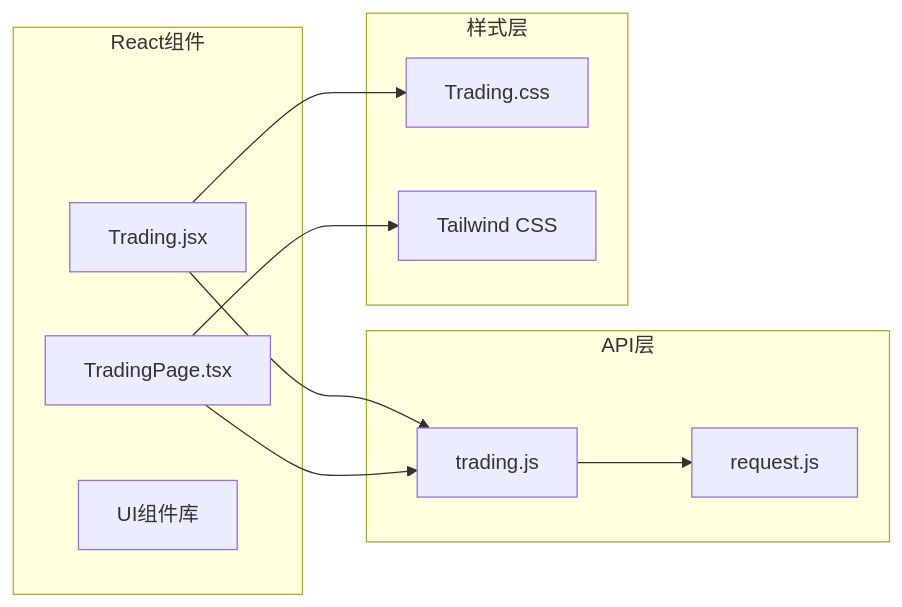
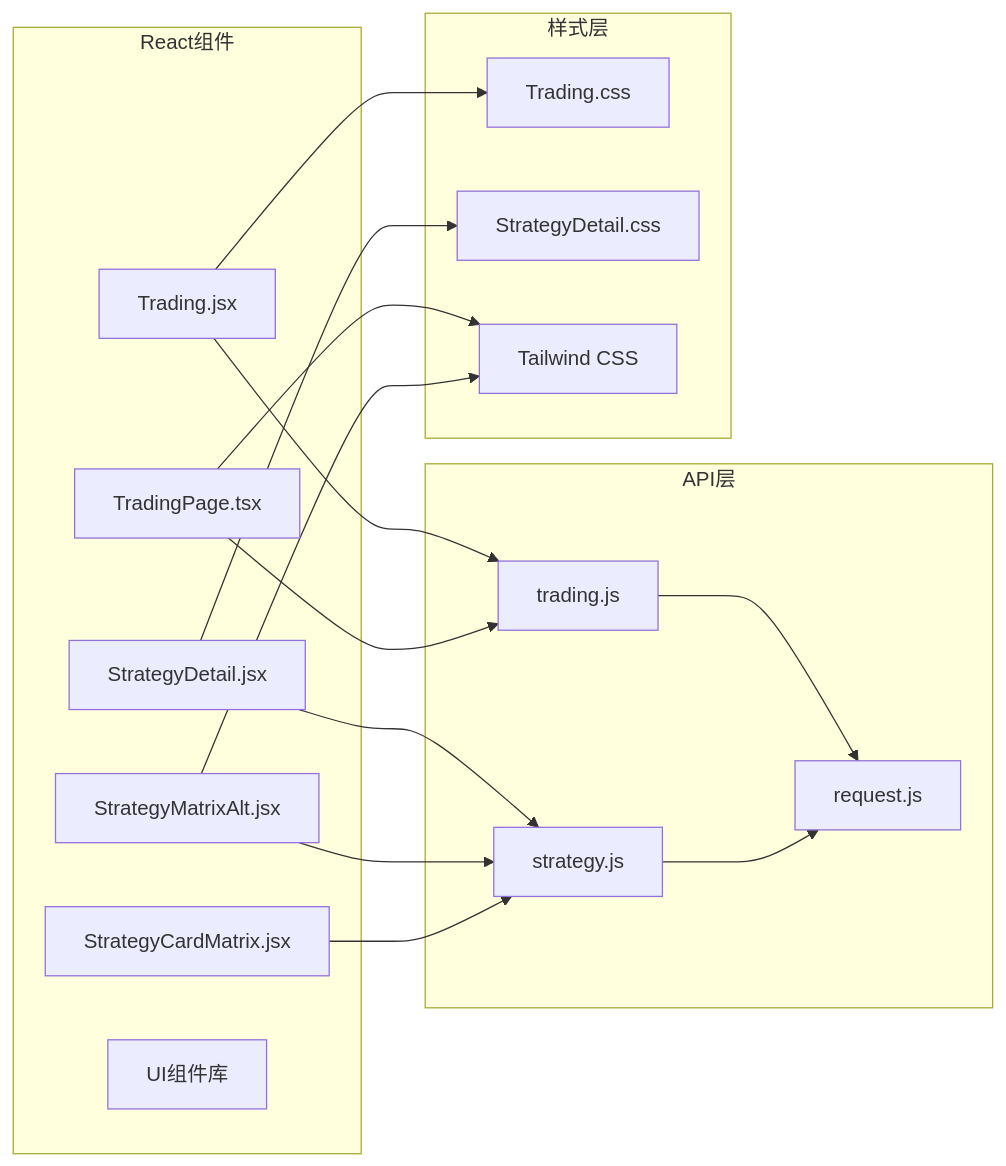
One commit to zyf266/ending changed the eighth of 9 diagrams in .qoder/repowiki/zh/content/可视化界面/交易控制界面.md. Above: the diagram before and after it, drawn with Mermaid. The commit also changed other lines of this file and 63 other files, not shown here.

````diff
--- a/.qoder/repowiki/zh/content/可视化界面/交易控制界面.md
+++ b/.qoder/repowiki/zh/content/可视化界面/交易控制界面.md
@@ -308,21 +398,32 @@
 ```mermaid
 graph LR
 subgraph "React组件"
 A[Trading.jsx]
 B[TradingPage.tsx]
-C[UI组件库]
+C[StrategyDetail.jsx]
+D[StrategyMatrixAlt.jsx]
+E[StrategyCardMatrix.jsx]
+F[UI组件库]
 end
 subgraph "API层"
-D[trading.js]
-E[request.js]
+G[trading.js]
+H[strategy.js]
+I[request.js]
 end
 subgraph "样式层"
-F[Trading.css]
-G[Tailwind CSS]
+J[Trading.css]
+K[StrategyDetail.css]
+L[Tailwind CSS]
 end
-A --> D
-B --> D
-D --> E
-A --> F
+A --> G
 B --> G
+C --> H
+D --> H
+E --> H
+G --> I
+H --> I
+A --> J
+C --> K
+B --> L
+D --> L
 ```
````
